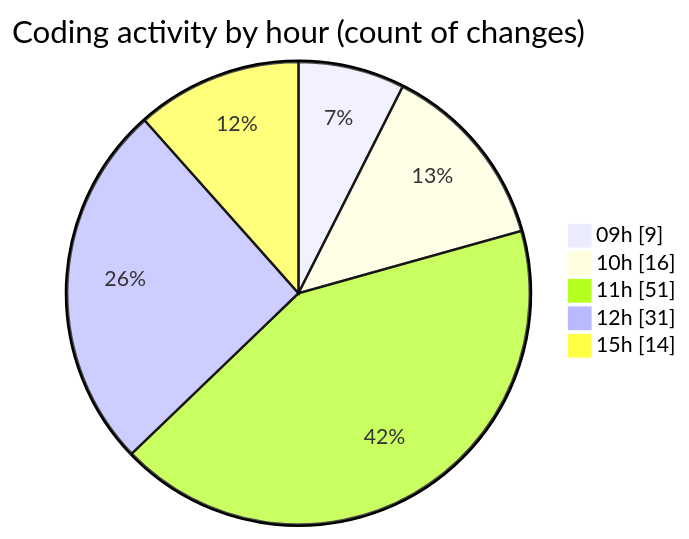
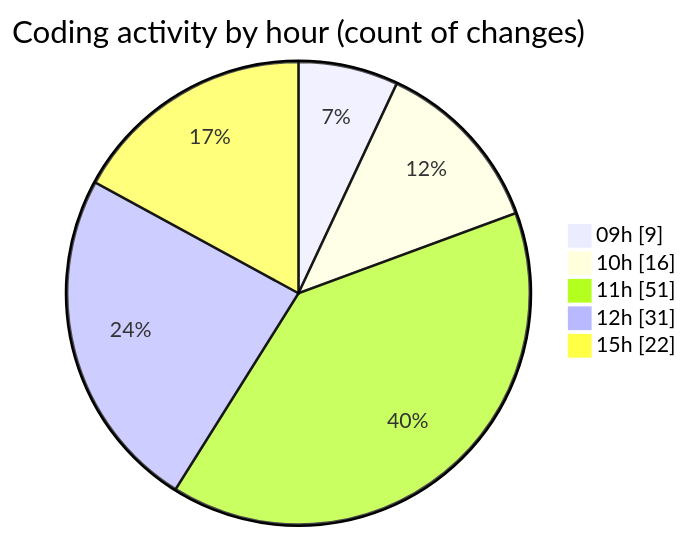
The second of 2 diagrams in 2026-09-10/cda/README.md (momahboobian/code-tracking), drawn with Mermaid before and after one commit. The commit also changed other lines of this file and 1 other file, not shown here.

````diff
--- a/2026-09-10/cda/README.md
+++ b/2026-09-10/cda/README.md
@@ -114,9 +121,9 @@
 ```mermaid
 pie showData
 title Coding activity by hour (count of changes)
 "09h" : 9
 "10h" : 16
 "11h" : 51
 "12h" : 31
-"15h" : 14
+"15h" : 22
 ```
````
